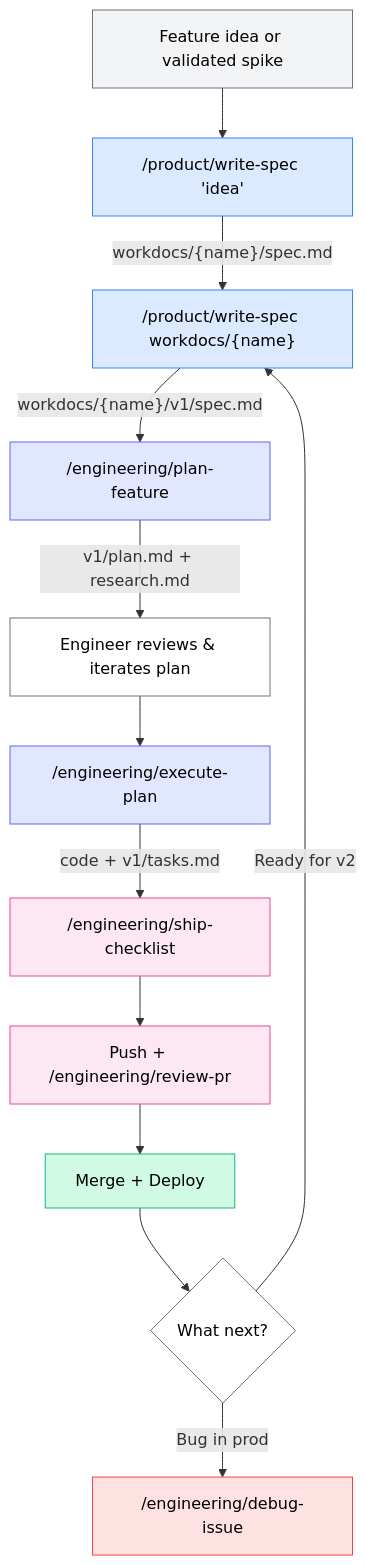
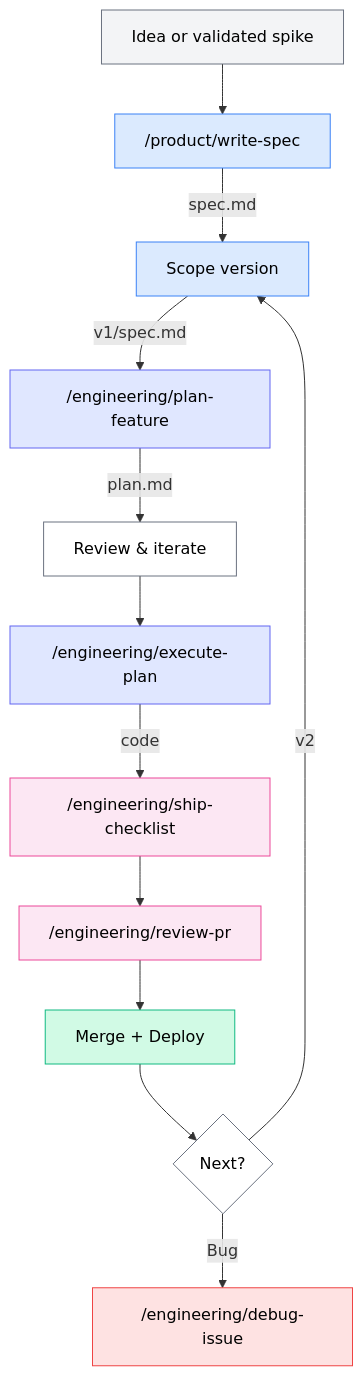
One commit to DalgoT4D/dalgo-core changed the second of 2 diagrams in README.md. Above: the diagram before and after it, drawn with Mermaid. The commit also changed other lines of this file, not shown here.

Commit message:
clean mermaid

````diff
--- a/README.md
+++ b/README.md
@@ -87,26 +87,26 @@
 ```mermaid
 flowchart TD
-    A["Feature idea or validated spike"] --> B["/product/write-spec 'idea'"]
-    B --> |"workdocs/{name}/spec.md"| C["/product/write-spec workdocs/{name}"]
-    C --> |"workdocs/{name}/v1/spec.md"| D["/engineering/plan-feature"]
-    D --> |"v1/plan.md + research.md"| E["Engineer reviews & iterates plan"]
+    A["Idea or validated spike"] --> B["/product/write-spec"]
+    B --> |"spec.md"| C["Scope version"]
+    C --> |"v1/spec.md"| D["/engineering/plan-feature"]
+    D --> |"plan.md"| E["Review & iterate"]
     E --> F["/engineering/execute-plan"]
-    F --> |"code + v1/tasks.md"| G["/engineering/ship-checklist"]
-    G --> H["Push + /engineering/review-pr"]
+    F --> |"code"| G["/engineering/ship-checklist"]
+    G --> H["/engineering/review-pr"]
     H --> I["Merge + Deploy"]
-    I --> J{What next?}
-    J --> |"Bug in prod"| K["/engineering/debug-issue"]
-    J --> |"Ready for v2"| C
+    I --> J{Next?}
+    J --> |Bug| K["/engineering/debug-issue"]
+    J --> |v2| C
 
     style A fill:#f3f4f6,stroke:#6b7280,color:#000
     style B fill:#dbeafe,stroke:#3b82f6,color:#000
     style C fill:#dbeafe,stroke:#3b82f6,color:#000
     style D fill:#e0e7ff,stroke:#6366f1,color:#000
     style E fill:#fff,stroke:#6b7280,color:#000
     style F fill:#e0e7ff,stroke:#6366f1,color:#000
     style G fill:#fce7f3,stroke:#ec4899,color:#000
     style H fill:#fce7f3,stroke:#ec4899,color:#000
     style I fill:#d1fae5,stroke:#10b981,color:#000
     style J fill:#fff,stroke:#6b7280,color:#000
     style K fill:#fee2e2,stroke:#ef4444,color:#000
 ```
````
